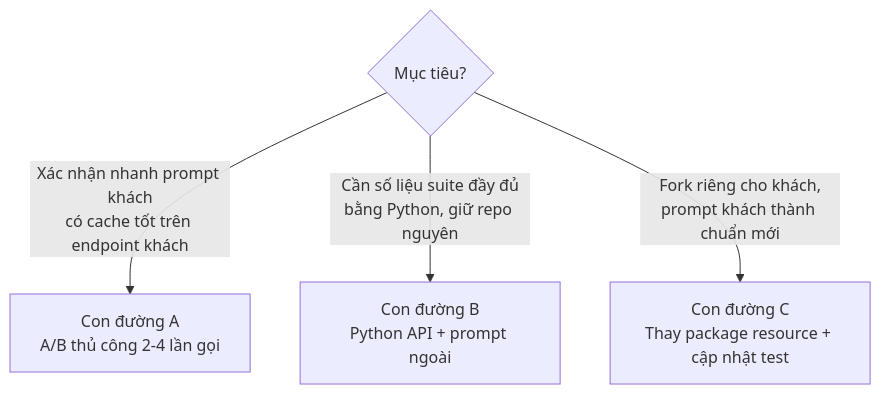
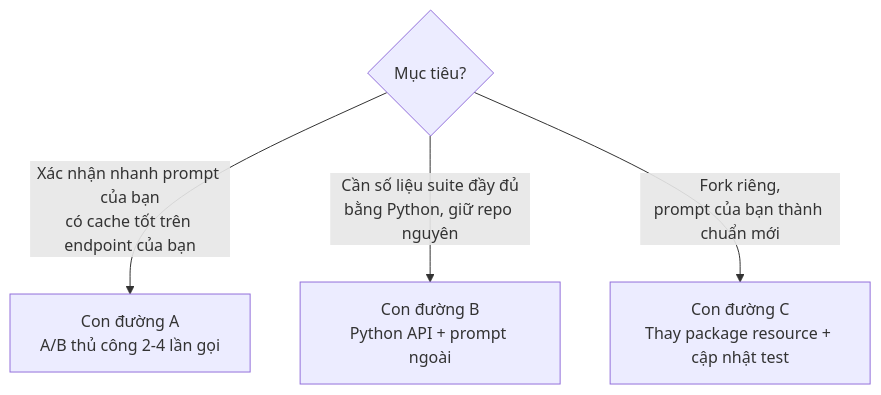
Before and after one commit to ytthuan/az-openai-caching-benchmark: the second of 2 diagrams in docs/PLAYBOOK_VI.md, drawn with Mermaid. The commit also changed other lines of this file and 1 other file, not shown here.

````diff
--- a/docs/PLAYBOOK_VI.md
+++ b/docs/PLAYBOOK_VI.md
@@ -543,6 +549,6 @@
 ```mermaid
 flowchart TD
-    Q{Mục tiêu?} -->|Xác nhận nhanh prompt khách<br/>có cache tốt trên endpoint khách| A[Con đường A<br/>A/B thủ công 2-4 lần gọi]
+    Q{Mục tiêu?} -->|Xác nhận nhanh prompt của bạn<br/>có cache tốt trên endpoint của bạn| A[Con đường A<br/>A/B thủ công 2-4 lần gọi]
     Q -->|Cần số liệu suite đầy đủ<br/>bằng Python, giữ repo nguyên| B[Con đường B<br/>Python API + prompt ngoài]
-    Q -->|Fork riêng cho khách,<br/>prompt khách thành chuẩn mới| C[Con đường C<br/>Thay package resource + cập nhật test]
+    Q -->|Fork riêng,<br/>prompt của bạn thành chuẩn mới| C[Con đường C<br/>Thay package resource + cập nhật test]
 ```
````
